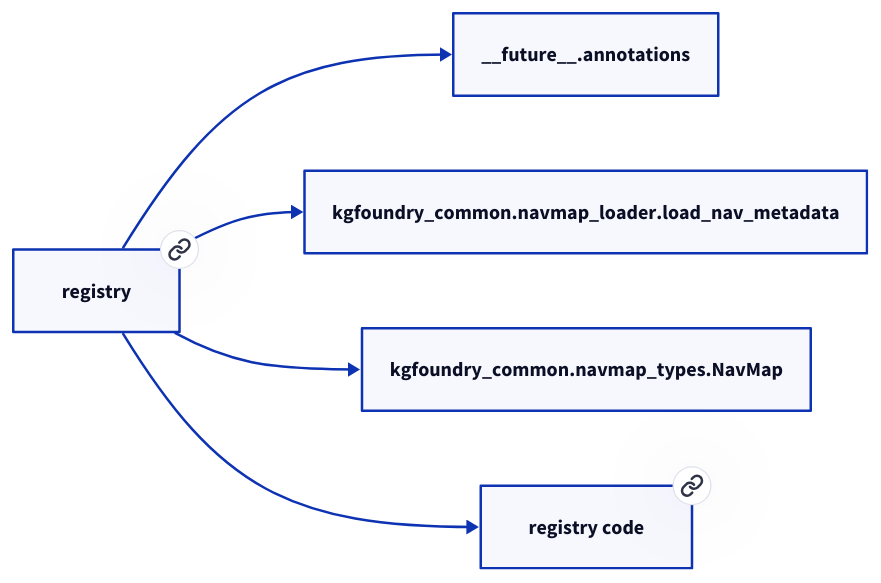
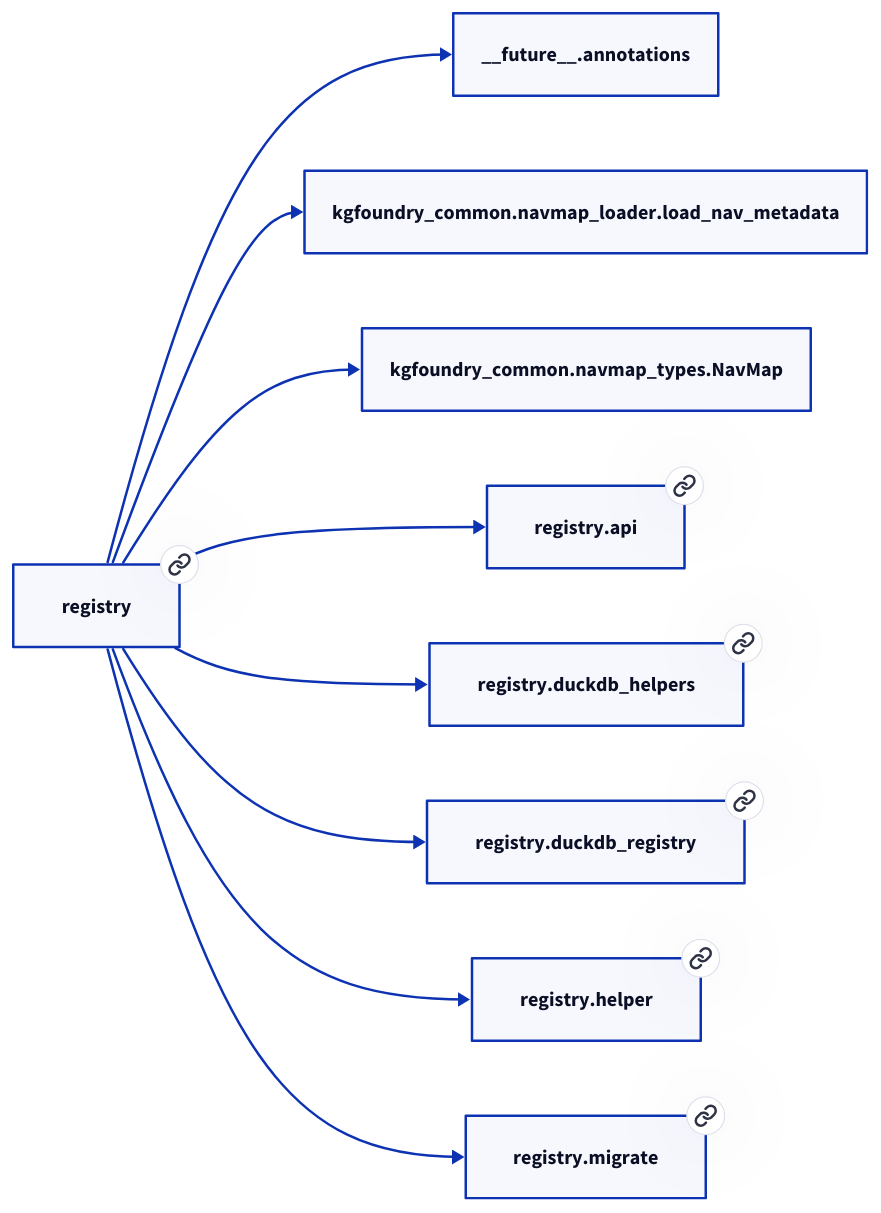
One commit to paul-heyse/kgforge changed the diagram in docs/modules/registry.md. Above: the diagram before and after it, drawn with D2. The commit also changed other lines of this file and 208 other files, not shown here.

````diff
--- a/docs/modules/registry.md
+++ b/docs/modules/registry.md
@@ -17,12 +21,20 @@
 ```d2
 direction: right
-"registry": "registry" { link: "./registry.md" }
+"registry": "registry" { link: "https://github.com/paul-heyse/kgfoundry/blob/main/src/registry/__init__.py" }
 "__future__.annotations": "__future__.annotations"
 "registry" -> "__future__.annotations"
 "kgfoundry_common.navmap_loader.load_nav_metadata": "kgfoundry_common.navmap_loader.load_nav_metadata"
 "registry" -> "kgfoundry_common.navmap_loader.load_nav_metadata"
 "kgfoundry_common.navmap_types.NavMap": "kgfoundry_common.navmap_types.NavMap"
 "registry" -> "kgfoundry_common.navmap_types.NavMap"
-"registry_code": "registry code" { link: "https://github.com/kgfoundry/kgfoundry/blob/main/src/registry/__init__.py" }
-"registry" -> "registry_code" { style: dashed }
+"registry.api": "registry.api" { link: "https://github.com/paul-heyse/kgfoundry/blob/main/src/registry/api.py" }
+"registry" -> "registry.api" { style: dashed }
+"registry.duckdb_helpers": "registry.duckdb_helpers" { link: "https://github.com/paul-heyse/kgfoundry/blob/main/src/registry/duckdb_helpers.py" }
+"registry" -> "registry.duckdb_helpers" { style: dashed }
+"registry.duckdb_registry": "registry.duckdb_registry" { link: "https://github.com/paul-heyse/kgfoundry/blob/main/src/registry/duckdb_registry.py" }
+"registry" -> "registry.duckdb_registry" { style: dashed }
+"registry.helper": "registry.helper" { link: "https://github.com/paul-heyse/kgfoundry/blob/main/src/registry/helper.py" }
+"registry" -> "registry.helper" { style: dashed }
+"registry.migrate": "registry.migrate" { link: "https://github.com/paul-heyse/kgfoundry/blob/main/src/registry/migrate.py" }
+"registry" -> "registry.migrate" { style: dashed }
 ```
````
